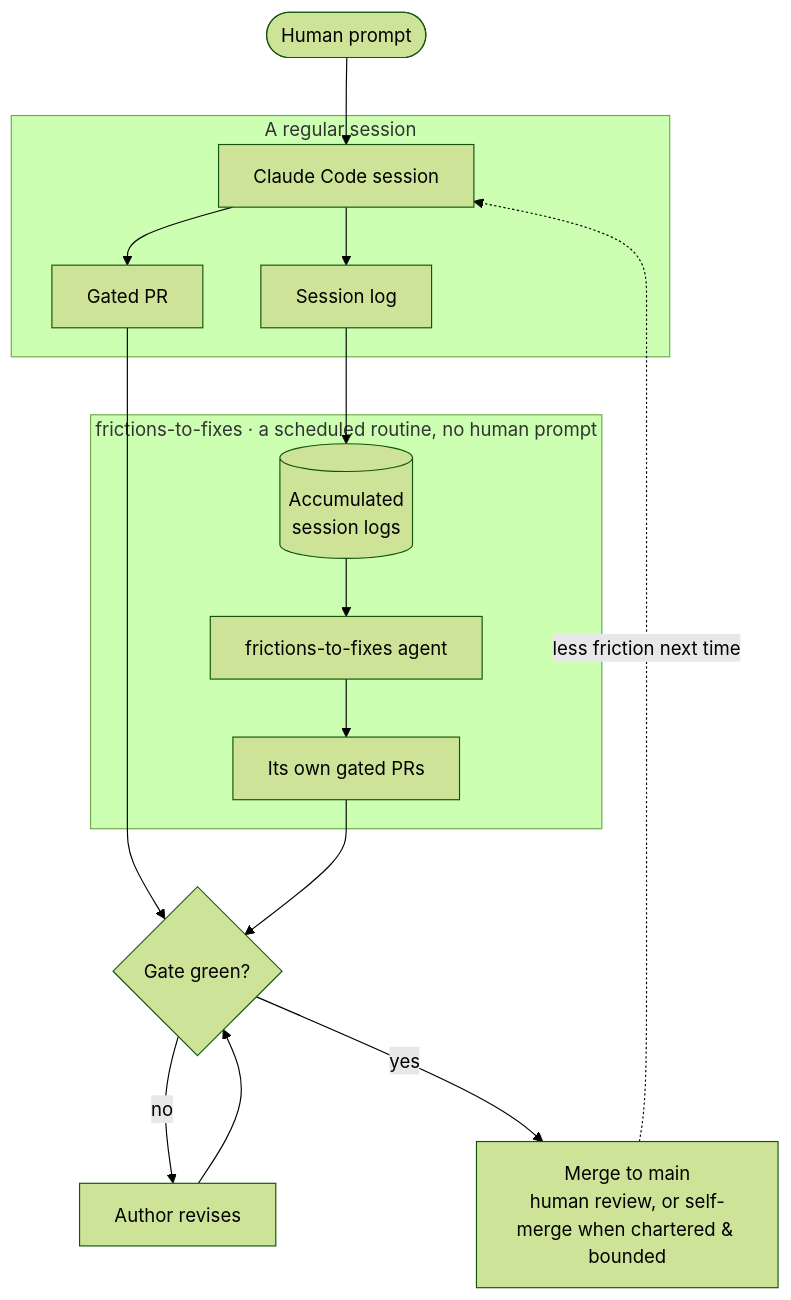
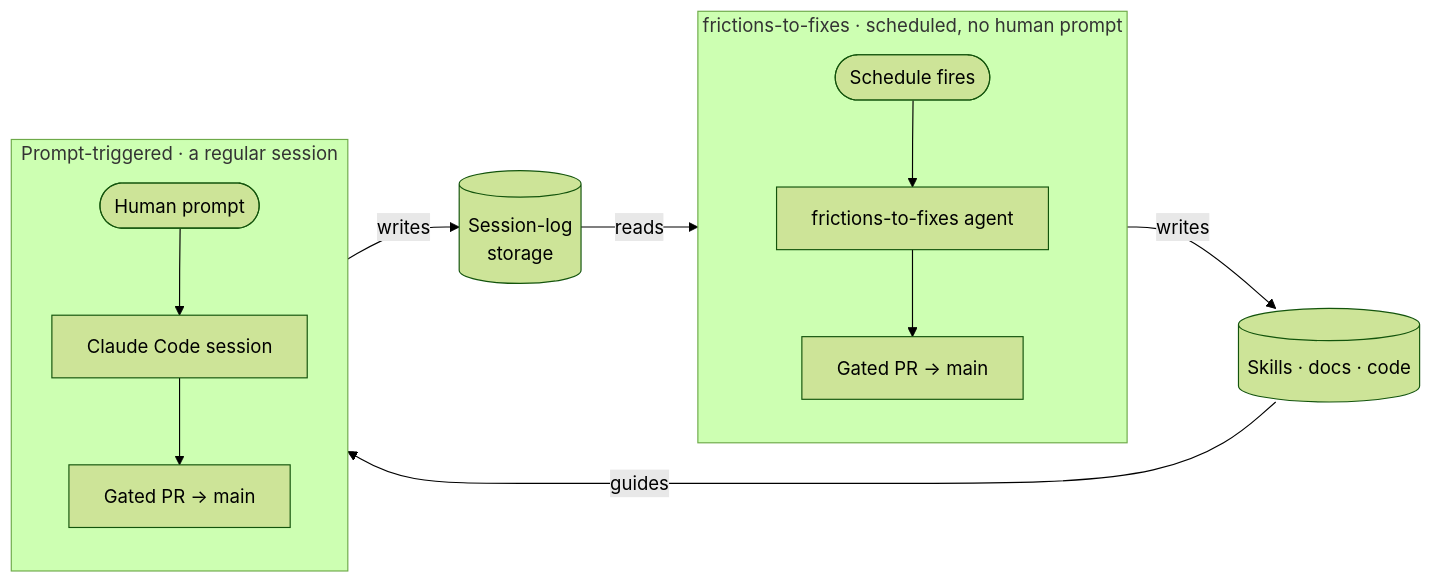
The diagram in layers/journal/content/current/pages/how-it-works.md (feffef/terrarium), drawn with Mermaid (forest theme) before and after one commit.

Commit message:
Redraw the workflow loop as two flows sharing two stores (#364)
The prior draft still funneled both flows through one shared "Gate green?"
box, implying they gate together. They don't — each is an independent pipeline
with its own gate. What they actually share is two stores, and that sharing is
what closes the loop:

- The prompt-triggered flow (a regular session) *writes* the session-log
  storage and *reads* the instructions (skills · docs · code).
- The frictions-to-fixes routine *reads* the session logs and *writes* the
  instructions.

Draw them side by side, each ending in its own "Gated PR → main", connected
only by the two stores (session-log storage; skills · docs · code) with the
read/write direction labelled. Drop the gate diamonds — the gate isn't the
point of this picture; the closed write→read→write loop is.

Claude-Session: https://claude.ai/code/session_01TzvXVHT9zk5TDPhSpm7Vkb

````diff
--- a/layers/journal/content/current/pages/how-it-works.md
+++ b/layers/journal/content/current/pages/how-it-works.md
@@ -36,22 +36,22 @@
 ```mermaid
-graph TD
-  Human(["Human prompt"]) --> Session
-
-  subgraph sess ["A regular session"]
-    Session["Claude Code session"] --> PR["Gated PR"]
-    Session --> Log["Session log"]
+graph LR
+  subgraph routine ["frictions-to-fixes · scheduled, no human prompt"]
+    direction TB
+    Schedule(["Schedule fires"]) --> Fixer["frictions-to-fixes agent"]
+    Fixer --> FPR["Gated PR → main"]
   end
 
-  subgraph routine ["frictions-to-fixes · a scheduled routine, no human prompt"]
-    Pool[("Accumulated<br/>session logs")] --> Fixer["frictions-to-fixes agent"]
-    Fixer --> FixPR["Its own gated PRs"]
+  subgraph impl ["Prompt-triggered · a regular session"]
+    direction TB
+    Prompt(["Human prompt"]) --> Session["Claude Code session"]
+    Session --> SPR["Gated PR → main"]
   end
 
-  Log --> Pool
-  PR --> Gate{"Gate green?"}
-  FixPR --> Gate
-  Gate -->|no| Revise["Author revises"]
-  Revise --> Gate
-  Gate -->|yes| Merge["Merge to main<br/>human review, or self-merge when chartered &amp; bounded"]
-  Merge -.->|less friction next time| Session
+  Logs[("Session-log<br/>storage")]
+  Instr[("Skills · docs · code")]
+
+  Session -->|writes| Logs
+  Logs -->|reads| Fixer
+  FPR -->|writes| Instr
+  Instr -->|guides| Session
 ```
````
